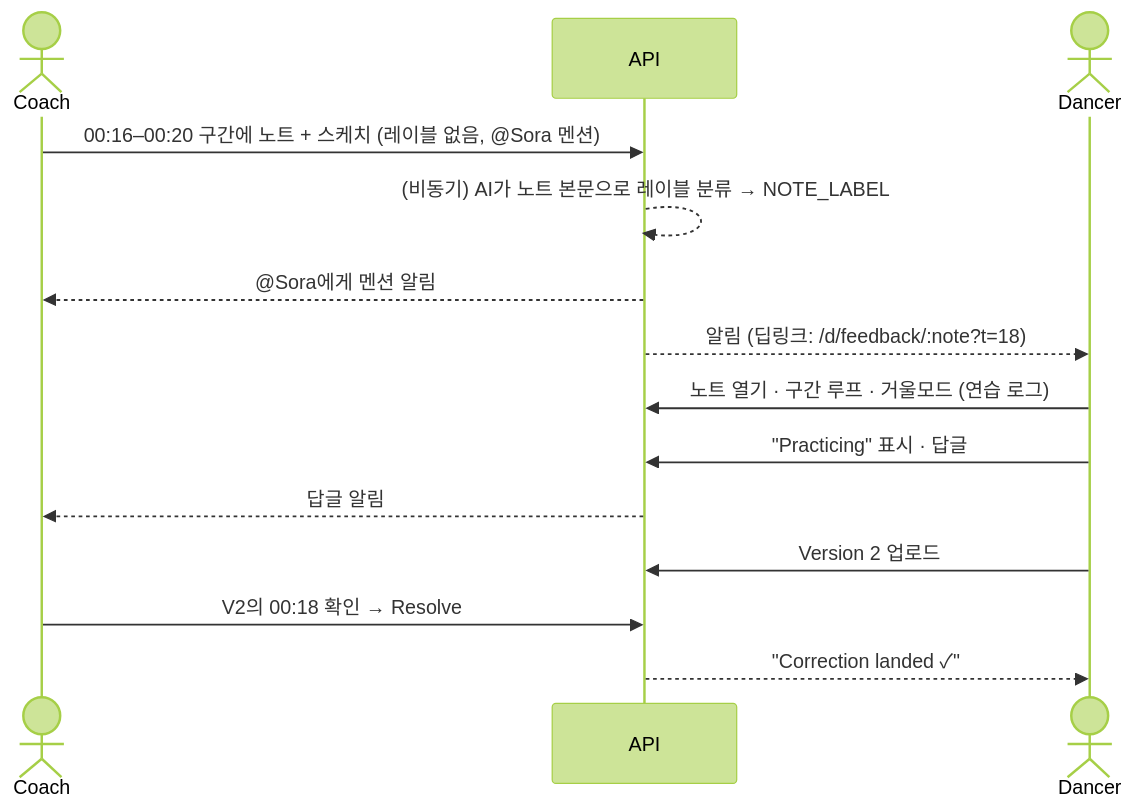
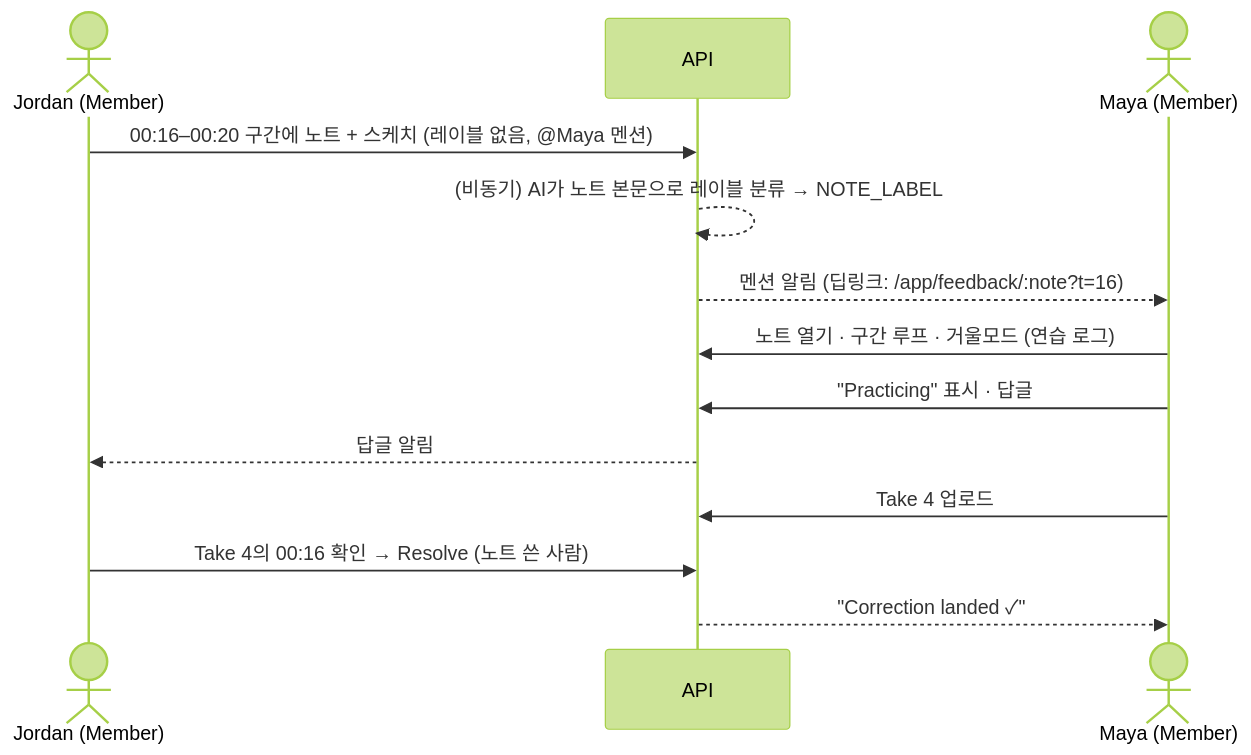
Before and after one commit to hope13710/dancerly: the sixth of 8 diagrams in docs/02-service-structure.md, drawn with Mermaid (forest theme). The commit also changed other lines of this file and 13 other files, not shown here.

````diff
--- a/docs/02-service-structure.md
+++ b/docs/02-service-structure.md
@@ -236,16 +236,15 @@
 ```mermaid
 sequenceDiagram
-  actor C as Coach
+  actor C as Jordan (Member)
   participant A as API
-  actor D as Dancer
-  C->>A: 00:16–00:20 구간에 노트 + 스케치 (레이블 없음, @Sora 멘션)
+  actor D as Maya (Member)
+  C->>A: 00:16–00:20 구간에 노트 + 스케치 (레이블 없음, @Maya 멘션)
   A-->>A: (비동기) AI가 노트 본문으로 레이블 분류 → NOTE_LABEL
-  A-->>C: @Sora에게 멘션 알림
-  A-->>D: 알림 (딥링크: /d/feedback/:note?t=18)
+  A-->>D: 멘션 알림 (딥링크: /app/feedback/:note?t=16)
   D->>A: 노트 열기 · 구간 루프 · 거울모드 (연습 로그)
   D->>A: "Practicing" 표시 · 답글
   A-->>C: 답글 알림
-  D->>A: Version 2 업로드
-  C->>A: V2의 00:18 확인 → Resolve
+  D->>A: Take 4 업로드
+  C->>A: Take 4의 00:16 확인 → Resolve (노트 쓴 사람)
   A-->>D: "Correction landed ✓"
 ```
````
